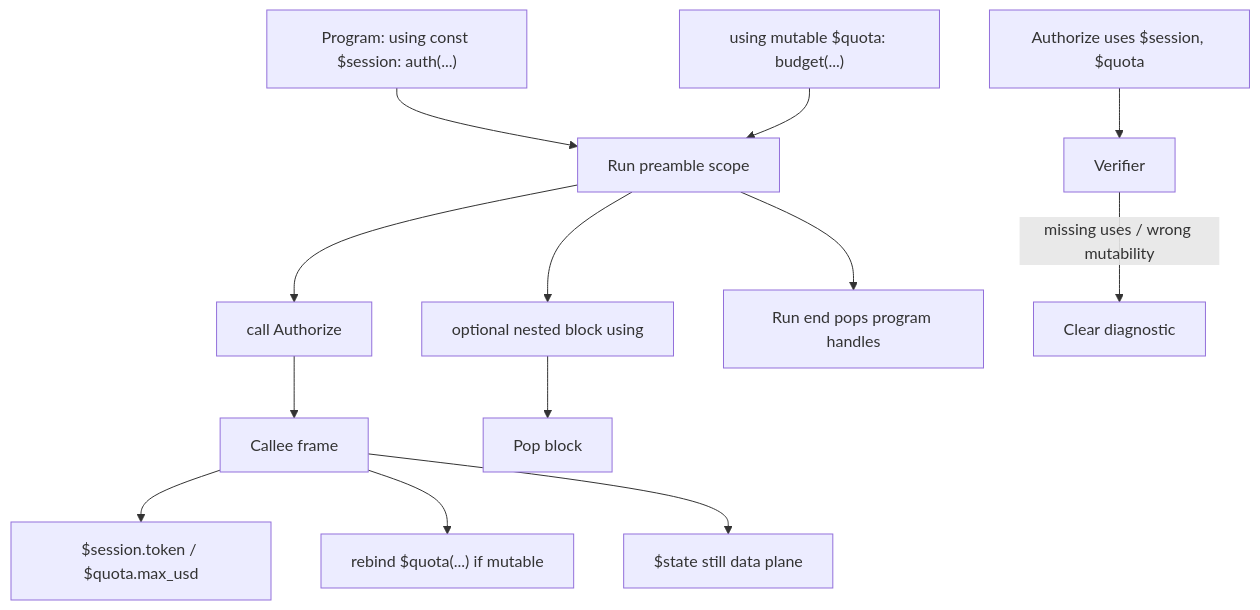
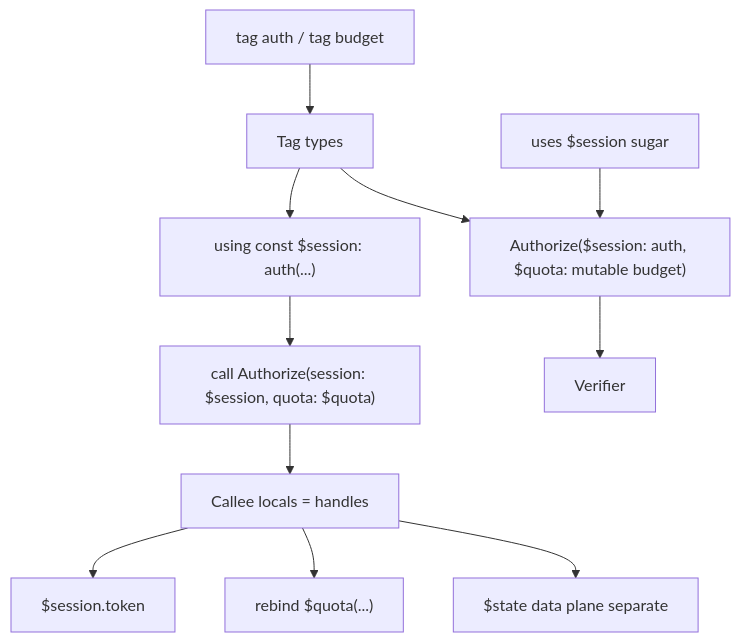
Before and after one commit to EntasisLabs/grapheme: the diagram in docs/internal/rfc/rfc-0004-params-and-tagged-vars-v1.md, drawn with Mermaid. The commit also changed other lines of this file, not shown here.

First line of the commit message:
Add RFC-0004 Part E for tag-typed parameters

````diff
--- a/docs/internal/rfc/rfc-0004-params-and-tagged-vars-v1.md
+++ b/docs/internal/rfc/rfc-0004-params-and-tagged-vars-v1.md
@@ -1002,15 +1185,13 @@
 ```mermaid
 flowchart TD
-  P["Program: using const $session: auth(...)"] --> R[Run preamble scope]
-  P2["using mutable $quota: budget(...)"] --> R
-  S["Authorize uses $session, $quota"] --> V[Verifier]
-  R --> D["call Authorize"]
-  D --> B[Callee frame]
-  B --> L["$session.token / $quota.max_usd"]
-  B --> U["rebind $quota(...) if mutable"]
-  R --> E[optional nested block using]
-  E --> F[Pop block]
-  R --> End[Run end pops program handles]
-  B --> K["$state still data plane"]
-  V -->|missing uses / wrong mutability| X[Clear diagnostic]
+  T["tag auth / tag budget"] --> Ty[Tag types]
+  Ty --> H["using const $session: auth(...)"]
+  Ty --> P["Authorize($session: auth, $quota: mutable budget)"]
+  H --> Call["call Authorize(session: $session, quota: $quota)"]
+  Call --> Frame[Callee locals = handles]
+  Frame --> Read["$session.token"]
+  Frame --> Mut["rebind $quota(...)"]
+  U["uses $session sugar"] --> P
+  P --> V[Verifier]
+  Frame --> State["$state data plane separate"]
 ```
````
